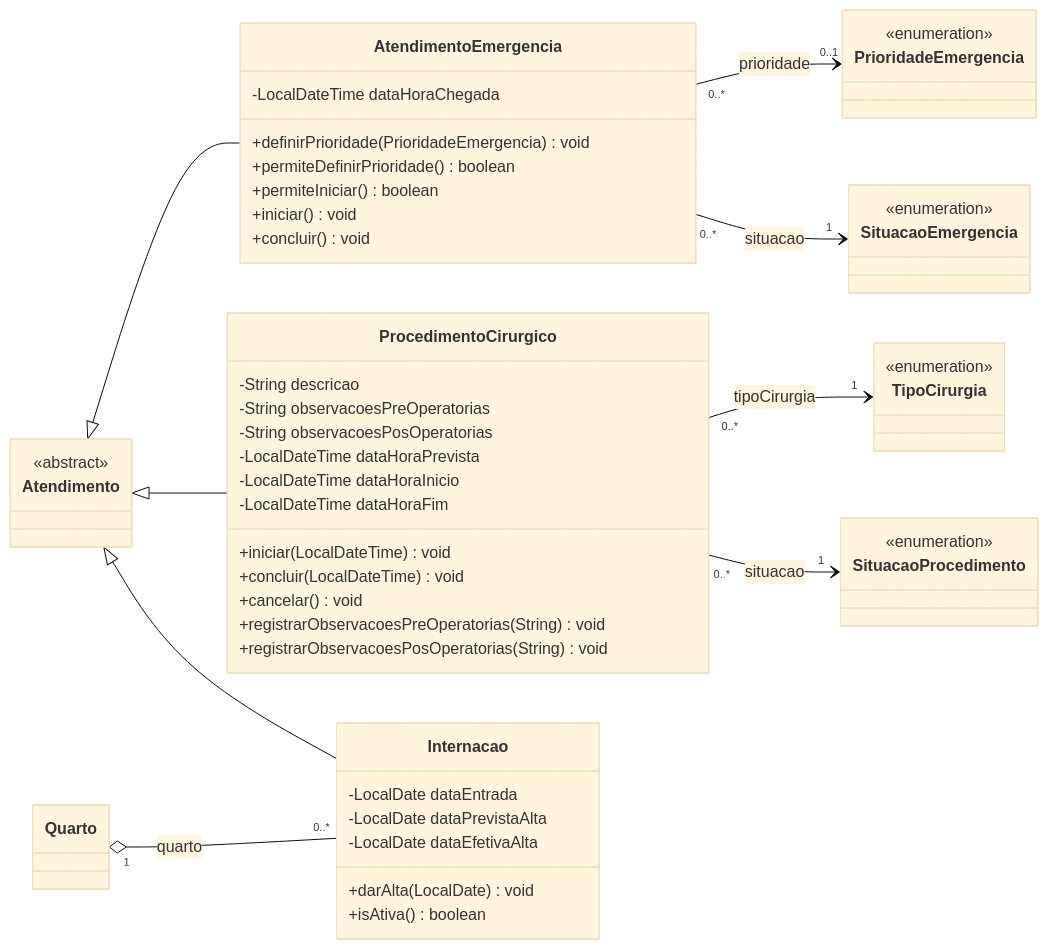
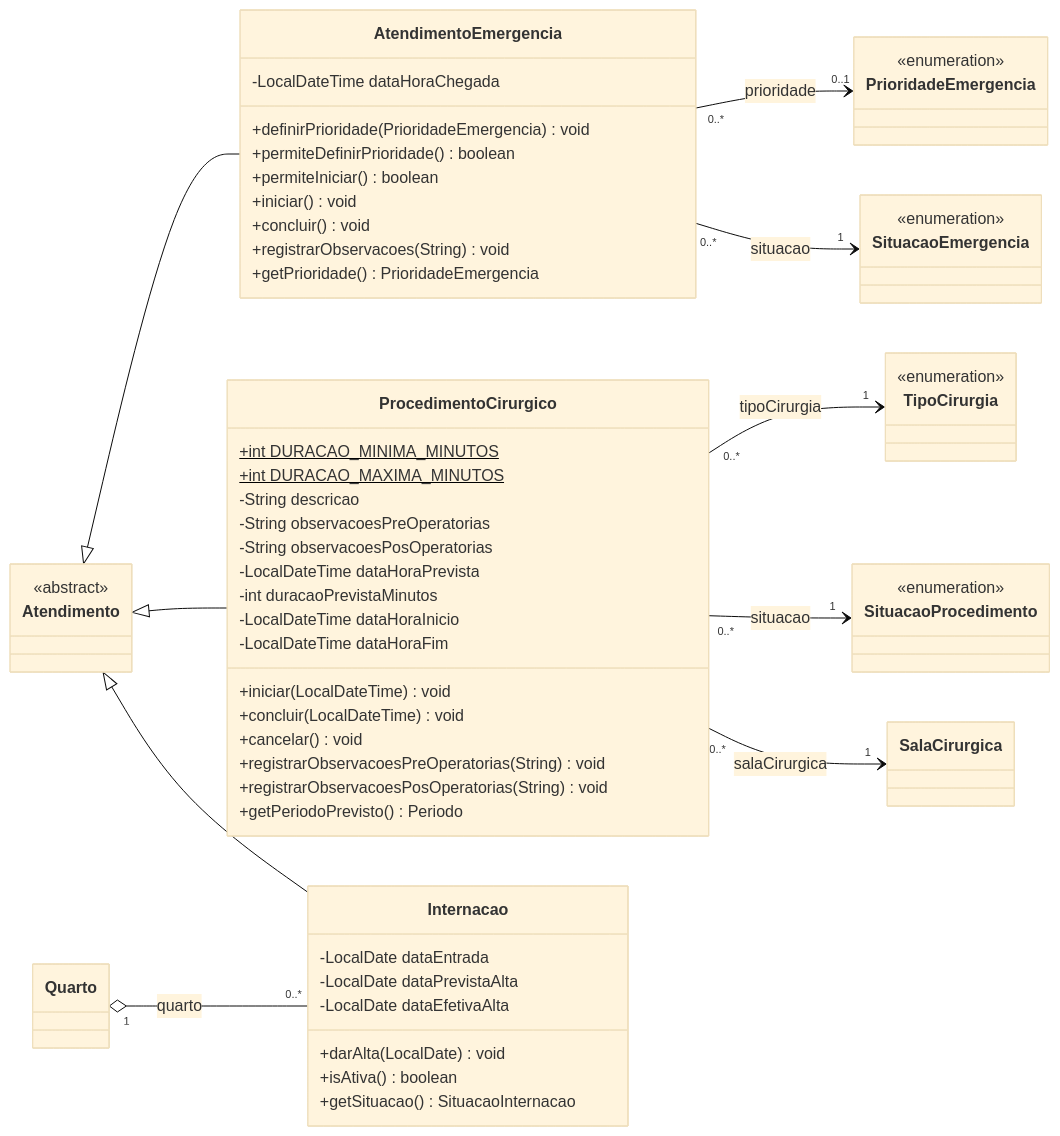
The sixth of 13 diagrams in docs/diagrama-de-classes.md (pedrolsrt/sistema-hospitalar), drawn with Mermaid (base theme) before and after one commit. The commit also changed other lines of this file and 8 other files, not shown here.

Commit message:
docs: atualiza README e diagramas da Sprint 3

````diff
--- a/docs/diagrama-de-classes.md
+++ b/docs/diagrama-de-classes.md
@@ -422,51 +457,60 @@
 ```mermaid
 classDiagram
     direction LR
 
     class Atendimento { <<abstract>> }
     class PrioridadeEmergencia { <<enumeration>> }
     class SituacaoEmergencia { <<enumeration>> }
     class TipoCirurgia { <<enumeration>> }
     class SituacaoProcedimento { <<enumeration>> }
     class Quarto
+    class SalaCirurgica
 
     class AtendimentoEmergencia {
         -LocalDateTime dataHoraChegada
         +definirPrioridade(PrioridadeEmergencia) void
         +permiteDefinirPrioridade() boolean
         +permiteIniciar() boolean
         +iniciar() void
         +concluir() void
+        +registrarObservacoes(String) void
+        +getPrioridade() PrioridadeEmergencia
     }
 
     class ProcedimentoCirurgico {
+        +int DURACAO_MINIMA_MINUTOS$
+        +int DURACAO_MAXIMA_MINUTOS$
         -String descricao
         -String observacoesPreOperatorias
         -String observacoesPosOperatorias
         -LocalDateTime dataHoraPrevista
+        -int duracaoPrevistaMinutos
         -LocalDateTime dataHoraInicio
         -LocalDateTime dataHoraFim
         +iniciar(LocalDateTime) void
         +concluir(LocalDateTime) void
         +cancelar() void
         +registrarObservacoesPreOperatorias(String) void
         +registrarObservacoesPosOperatorias(String) void
+        +getPeriodoPrevisto() Periodo
     }
 
     class Internacao {
         -LocalDate dataEntrada
         -LocalDate dataPrevistaAlta
         -LocalDate dataEfetivaAlta
         +darAlta(LocalDate) void
         +isAtiva() boolean
+        +getSituacao() SituacaoInternacao
     }
 
     Atendimento <|-- AtendimentoEmergencia
     Atendimento <|-- ProcedimentoCirurgico
     Atendimento <|-- Internacao
     AtendimentoEmergencia "0..*" --> "0..1" PrioridadeEmergencia : prioridade
     AtendimentoEmergencia "0..*" --> "1" SituacaoEmergencia : situacao
     ProcedimentoCirurgico "0..*" --> "1" TipoCirurgia : tipoCirurgia
     ProcedimentoCirurgico "0..*" --> "1" SituacaoProcedimento : situacao
+    ProcedimentoCirurgico "0..*" --> "1" SalaCirurgica : salaCirurgica
     Quarto "1" o-- "0..*" Internacao : quarto
 ```
````
